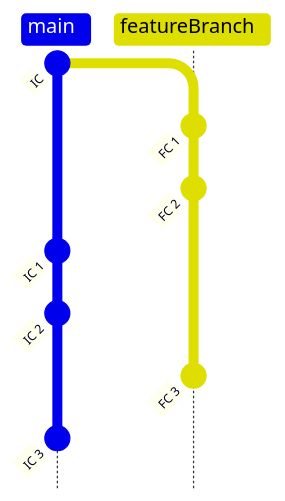
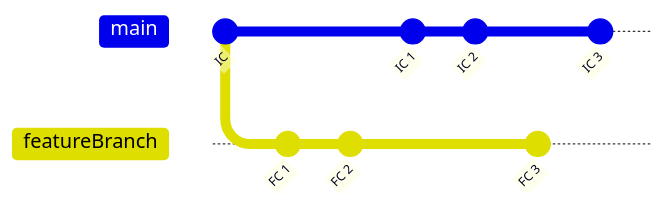
Before and after one commit to ohmvaghela/Learn: the second of 3 diagrams in git/readme.md, drawn with Mermaid. The commit also changed other lines of this file, not shown here.

````diff
--- a/git/readme.md
+++ b/git/readme.md
@@ -145,16 +168,16 @@
-        <div class="mermaid">
-          %%{init: { 'logLevel': 'debug', 'theme': 'default' } }%%
-          gitGraph TB:
-            commit id: "IC"
-            branch featureBranch
-            commit id: "FC 1"
-            commit id: "FC 2"
-            checkout main
-            commit id: "IC 1"
-            commit id: "IC 2"
-            checkout featureBranch
-            commit id: "FC 3"
-            %% Before Rebase (Visual representation)
-            checkout main
-            commit id: "IC 3"
-        </div>
+```mermaid
+%%{init: { 'logLevel': 'debug', 'theme': 'default' } }%%
+gitGraph:
+  commit id: "IC"
+  branch featureBranch
+  commit id: "FC 1"
+  commit id: "FC 2"
+  checkout main
+  commit id: "IC 1"
+  commit id: "IC 2"
+  checkout featureBranch
+  commit id: "FC 3"
+  %% Before Rebase (Visual representation)
+  checkout main
+  commit id: "IC 3"
+```
````
